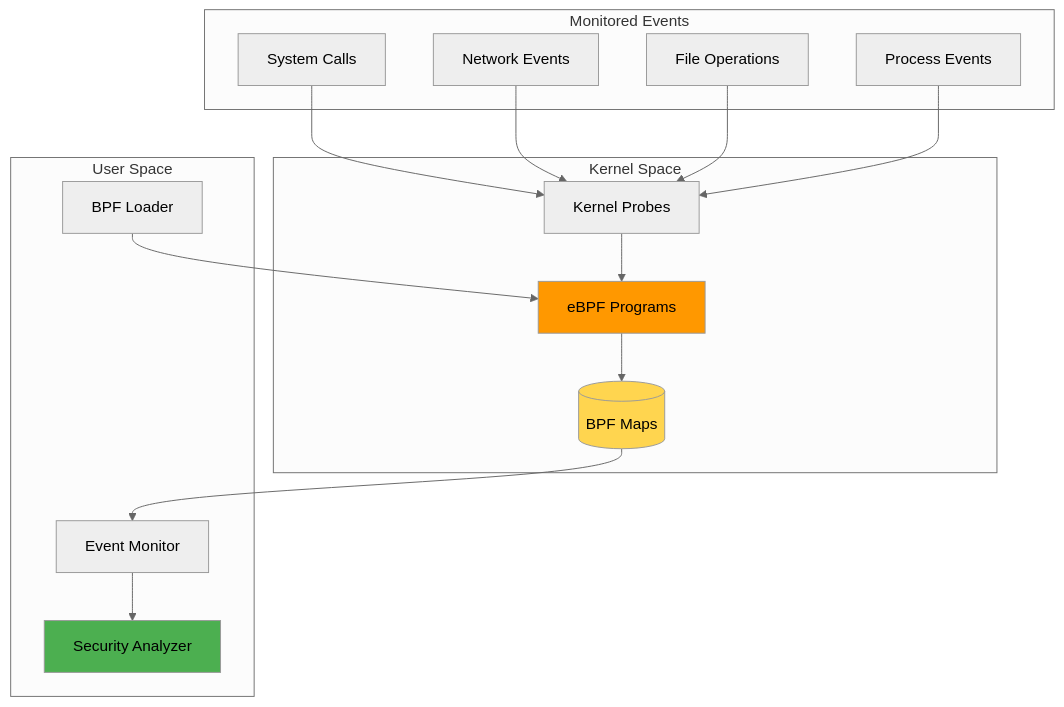
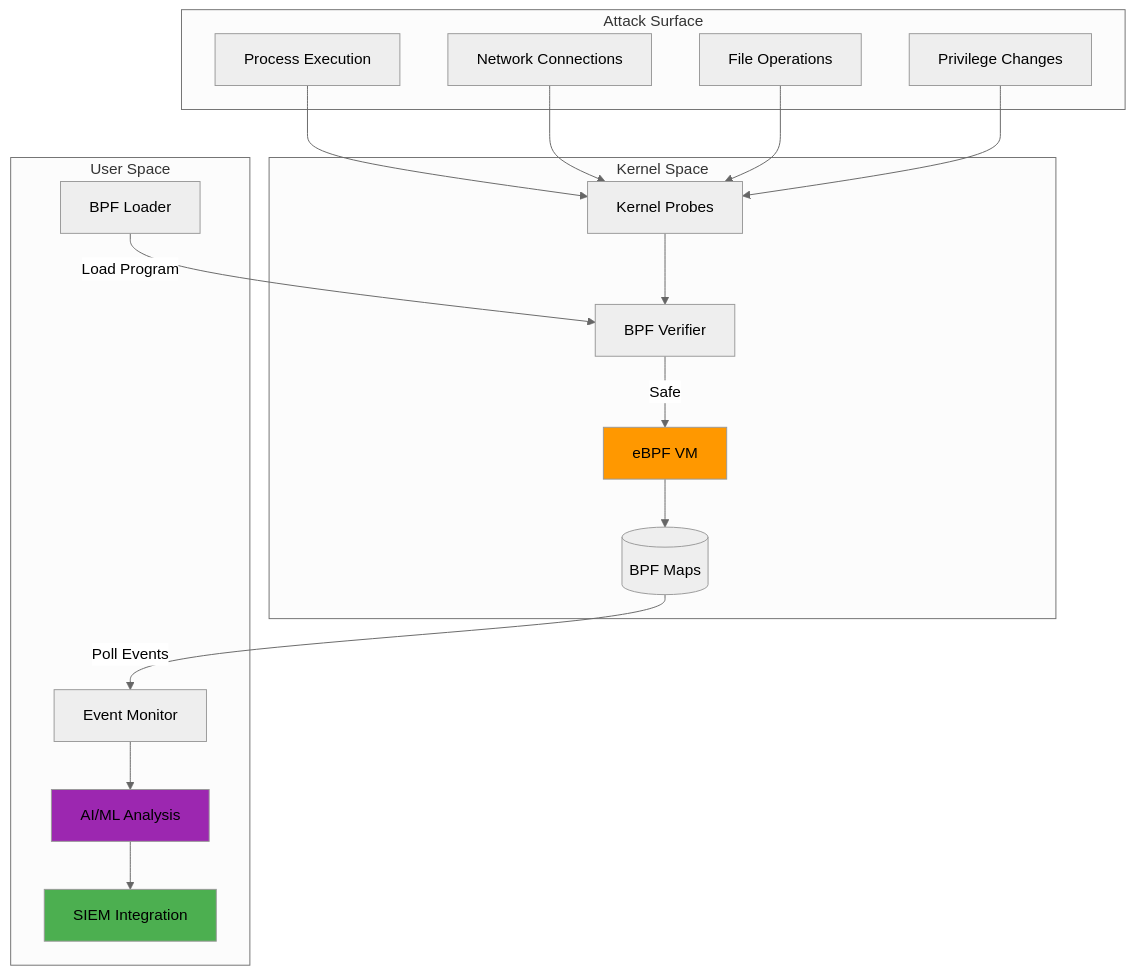
Before and after one commit to williamzujkowski/williamzujkowski.github.io: the first of 9 diagrams in src/posts/2025-07-01-ebpf-security-monitoring-practical-guide.md, drawn with Mermaid (neutral theme). The commit also changed other lines of this file and 58 other files, not shown here.

````diff
--- a/src/posts/2025-07-01-ebpf-security-monitoring-practical-guide.md
+++ b/src/posts/2025-07-01-ebpf-security-monitoring-practical-guide.md
@@ -29,37 +44,41 @@
 ```mermaid
 graph TB
+    subgraph "Attack Surface"
+        A1[Process Execution]
+        A2[Network Connections]
+        A3[File Operations]
+        A4[Privilege Changes]
+    end
+    
     subgraph "Kernel Space"
-        Probe[Kernel Probes]
-        BPF[eBPF Programs]
+        KP[Kernel Probes]
+        BPF[eBPF VM]
         Maps[(BPF Maps)]
+        Verifier[BPF Verifier]
     end
     
     subgraph "User Space"
         Loader[BPF Loader]
         Monitor[Event Monitor]
-        Analyzer[Security Analyzer]
+        AI[AI/ML Analysis]
+        SIEM[SIEM Integration]
     end
     
-    subgraph "Monitored Events"
-        Syscalls[System Calls]
-        Network[Network Events]
-        Files[File Operations]
-        Process[Process Events]
-    end
+    A1 --> KP
+    A2 --> KP
+    A3 --> KP
+    A4 --> KP
     
-    Syscalls --> Probe
-    Network --> Probe
-    Files --> Probe
-    Process --> Probe
-    
-    Probe --> BPF
+    KP --> Verifier
+    Verifier -->|Safe| BPF
     BPF --> Maps
     
-    Loader --> BPF
-    Maps --> Monitor
-    Monitor --> Analyzer
+    Loader -->|Load Program| Verifier
+    Maps -->|Poll Events| Monitor
+    Monitor --> AI
+    AI --> SIEM
     
     style BPF fill:#ff9800
-    style Maps fill:#ffd54f
-    style Analyzer fill:#4caf50
+    style AI fill:#9c27b0
+    style SIEM fill:#4caf50
 ```
````
